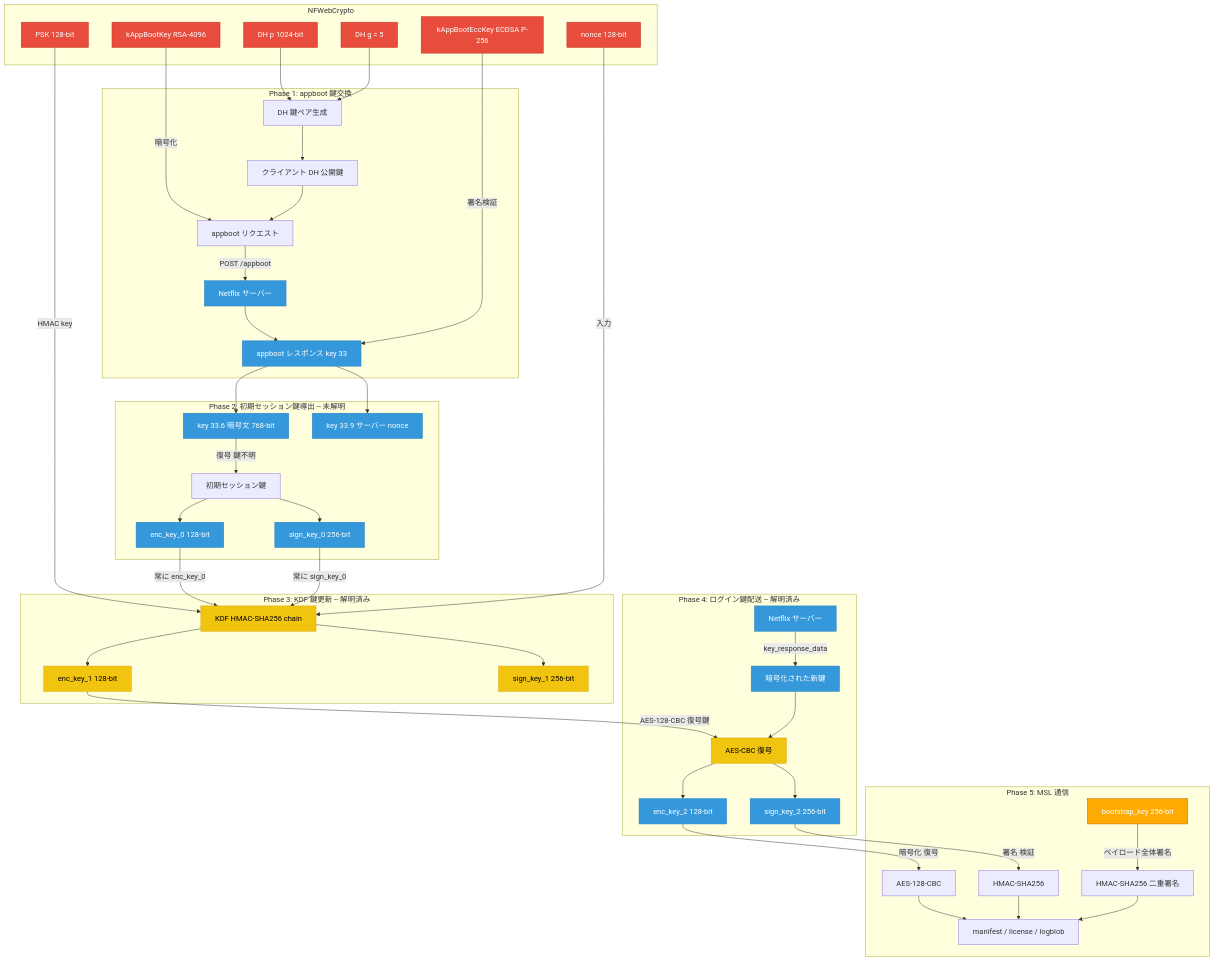
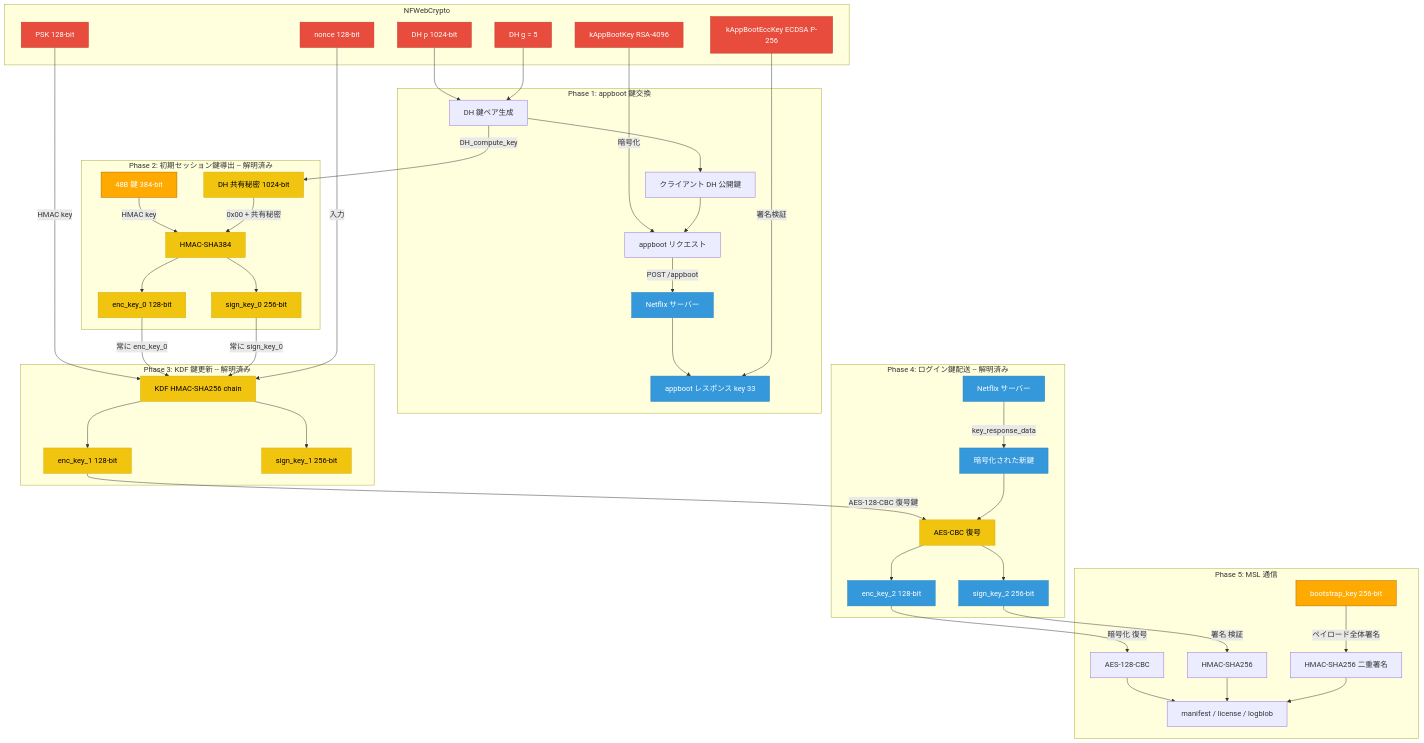
Before and after one commit to qtmleap/revkit: the first of 5 diagrams in docs/spec/msl_key_relationship.md, drawn with Mermaid. The commit also changed other lines of this file, not shown here.

First line of the commit message:
docs(spec): 鍵関係図に Phase 2 KDF 解明結果と由来不明の 48B 鍵を反映

````diff
--- a/docs/spec/msl_key_relationship.md
+++ b/docs/spec/msl_key_relationship.md
@@ -29,12 +29,12 @@
         ECC_BOOT -->|署名検証| DH_RESP
     end
 
-    subgraph Phase2["Phase 2: 初期セッション鍵導出 -- 未解明"]
-        DH_RESP --> KEY336["key 33.6 暗号文 768-bit"]
-        DH_RESP --> NONCE_SRV["key 33.9 サーバー nonce"]
-        KEY336 -->|復号 鍵不明| INIT_KEYS["初期セッション鍵"]
-        INIT_KEYS --> ENC0["enc_key_0 128-bit"]
-        INIT_KEYS --> SIGN0["sign_key_0 256-bit"]
+    subgraph Phase2["Phase 2: 初期セッション鍵導出 -- 解明済み"]
+        DH_GEN -->|DH_compute_key| DH_SHARED["DH 共有秘密 1024-bit"]
+        KEY48["48B 鍵 384-bit"] -->|HMAC key| PHASE2_KDF["HMAC-SHA384"]
+        DH_SHARED -->|0x00 + 共有秘密| PHASE2_KDF
+        PHASE2_KDF --> ENC0["enc_key_0 128-bit"]
+        PHASE2_KDF --> SIGN0["sign_key_0 256-bit"]
     end
 
     subgraph Phase3["Phase 3: KDF 鍵更新 -- 解明済み"]
@@ -75,20 +75,21 @@
     style SERVER fill:#3498db,stroke:#2980b9,color:#fff
     style SERVER2 fill:#3498db,stroke:#2980b9,color:#fff
     style DH_RESP fill:#3498db,stroke:#2980b9,color:#fff
-    style KEY336 fill:#3498db,stroke:#2980b9,color:#fff
-    style NONCE_SRV fill:#3498db,stroke:#2980b9,color:#fff
-    style ENC0 fill:#3498db,stroke:#2980b9,color:#fff
-    style SIGN0 fill:#3498db,stroke:#2980b9,color:#fff
     style KRD fill:#3498db,stroke:#2980b9,color:#fff
     style ENC2 fill:#3498db,stroke:#2980b9,color:#fff
     style SIGN2 fill:#3498db,stroke:#2980b9,color:#fff
 
-    %% 黄: 計算可能
+    %% 黄: 計算可能 (48B 鍵が判明すれば)
     style KDF fill:#f1c40f,stroke:#d4ac0f,color:#000
+    style PHASE2_KDF fill:#f1c40f,stroke:#d4ac0f,color:#000
+    style ENC0 fill:#f1c40f,stroke:#d4ac0f,color:#000
+    style SIGN0 fill:#f1c40f,stroke:#d4ac0f,color:#000
     style ENC1 fill:#f1c40f,stroke:#d4ac0f,color:#000
     style SIGN1 fill:#f1c40f,stroke:#d4ac0f,color:#000
     style DECRYPT fill:#f1c40f,stroke:#d4ac0f,color:#000
+    style DH_SHARED fill:#f1c40f,stroke:#d4ac0f,color:#000
 
     %% オレンジ: 由来不明
+    style KEY48 fill:#fa0,stroke:#a60,color:#fff
     style BOOT_KEY fill:#fa0,stroke:#a60,color:#fff
 ```
````
